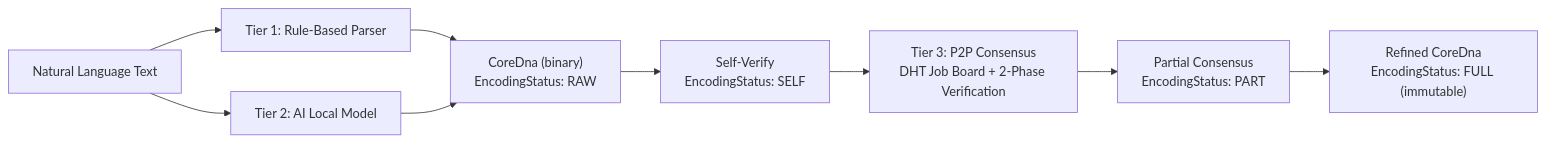
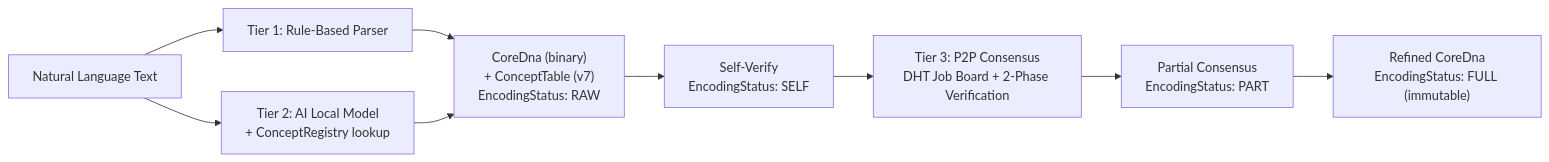
Before and after one commit to shpy2001gemi/OneBrain: the first of 2 diagrams in docs/specs/KU_ENCODING_PIPELINE.md, drawn with Mermaid. The commit also changed other lines of this file and 76 other files, not shown here.

````diff
--- a/docs/specs/KU_ENCODING_PIPELINE.md
+++ b/docs/specs/KU_ENCODING_PIPELINE.md
@@ -9,11 +9,11 @@
 ```mermaid
 graph LR
     TEXT["Natural Language Text"] --> T1["Tier 1: Rule-Based Parser"]
-    T1 --> DNA["CoreDna (binary)<br/>EncodingStatus: RAW"]
-    TEXT --> T2["Tier 2: AI Local Model"]
+    T1 --> DNA["CoreDna (binary)<br/>+ ConceptTable (v7)<br/>EncodingStatus: RAW"]
+    TEXT --> T2["Tier 2: AI Local Model<br/>+ ConceptRegistry lookup"]
     T2 --> DNA
     DNA --> SELF["Self-Verify<br/>EncodingStatus: SELF"]
     SELF --> NET["Tier 3: P2P Consensus<br/>DHT Job Board + 2-Phase Verification"]
     NET --> PART["Partial Consensus<br/>EncodingStatus: PART"]
     PART --> DNA2["Refined CoreDna<br/>EncodingStatus: FULL (immutable)"]
 ```
````
